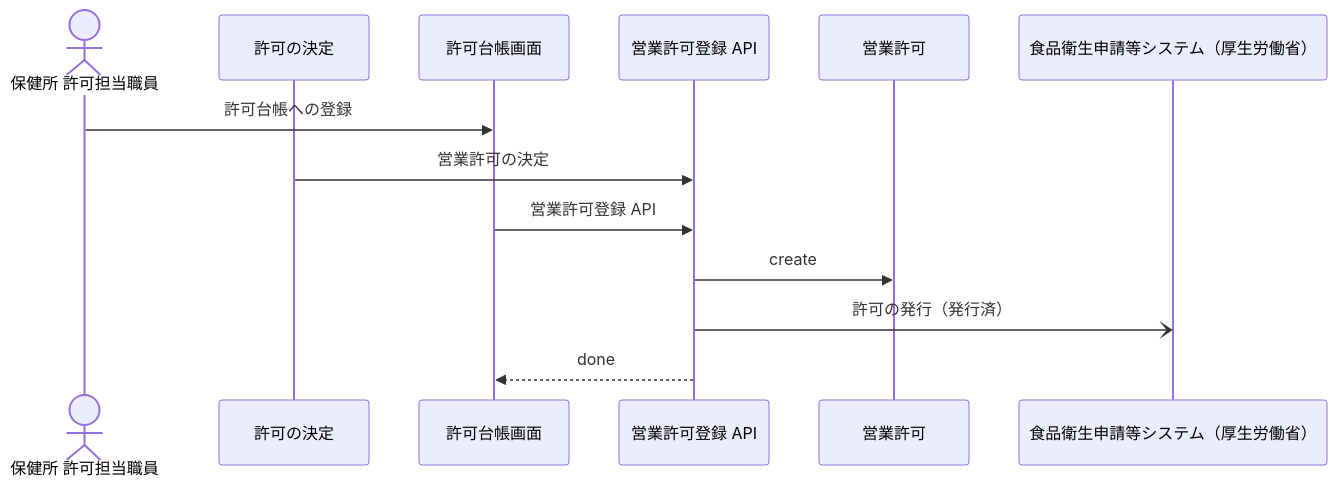
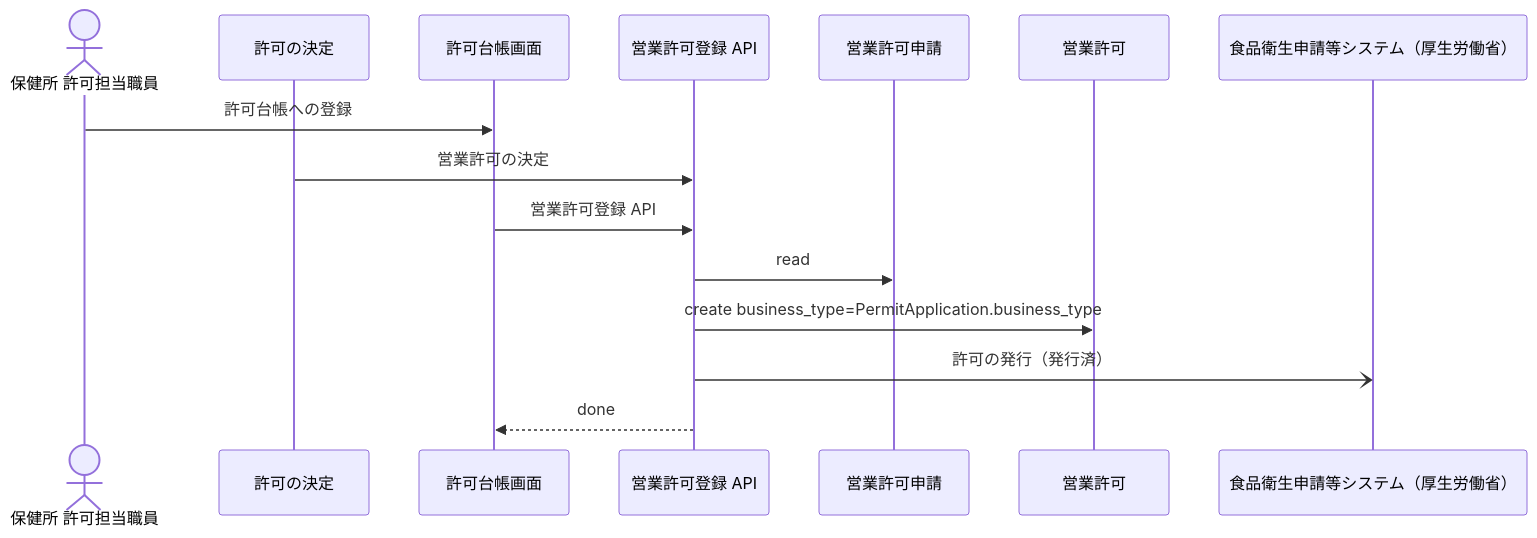
Before and after one commit to manji-0/rdra-ish-dsl: the diagram in samples/food-permit-ops/out/uc/sequence_RegisterPermit.mmd, drawn with Mermaid. The commit also changed 48 other files, not shown here.

```diff
--- a/samples/food-permit-ops/out/uc/sequence_RegisterPermit.mmd
+++ b/samples/food-permit-ops/out/uc/sequence_RegisterPermit.mmd
@@ -1,16 +1,18 @@
 %% rdra-ish diagram=sequence scope=usecase:RegisterPermit model=samples/food-permit-ops
 %% kinds: actor usecase screen api entity extsystem
 %% omitted: buc step medium permission event
 sequenceDiagram
   actor actor__PermitClerk as 保健所 許可担当職員
   participant usecase__GrantPermit as 許可の決定
   participant screen__PermitLedgerScreen as 許可台帳画面
   participant api__PermitRegistrationApi as 営業許可登録 API
+  participant entity__PermitApplication as 営業許可申請
   participant entity__BusinessPermit as 営業許可
   participant extsystem__FoodSanitationSystem as 食品衛生申請等システム（厚生労働省）
   actor__PermitClerk ->> screen__PermitLedgerScreen: 許可台帳への登録
   usecase__GrantPermit ->> api__PermitRegistrationApi: 営業許可の決定
   screen__PermitLedgerScreen ->> api__PermitRegistrationApi: 営業許可登録 API
-  api__PermitRegistrationApi ->> entity__BusinessPermit: create
+  api__PermitRegistrationApi ->> entity__PermitApplication: read
+  api__PermitRegistrationApi ->> entity__BusinessPermit: create business_type=PermitApplication.business_type
   api__PermitRegistrationApi -) extsystem__FoodSanitationSystem: 許可の発行（発行済）
   api__PermitRegistrationApi -->> screen__PermitLedgerScreen: done
```
